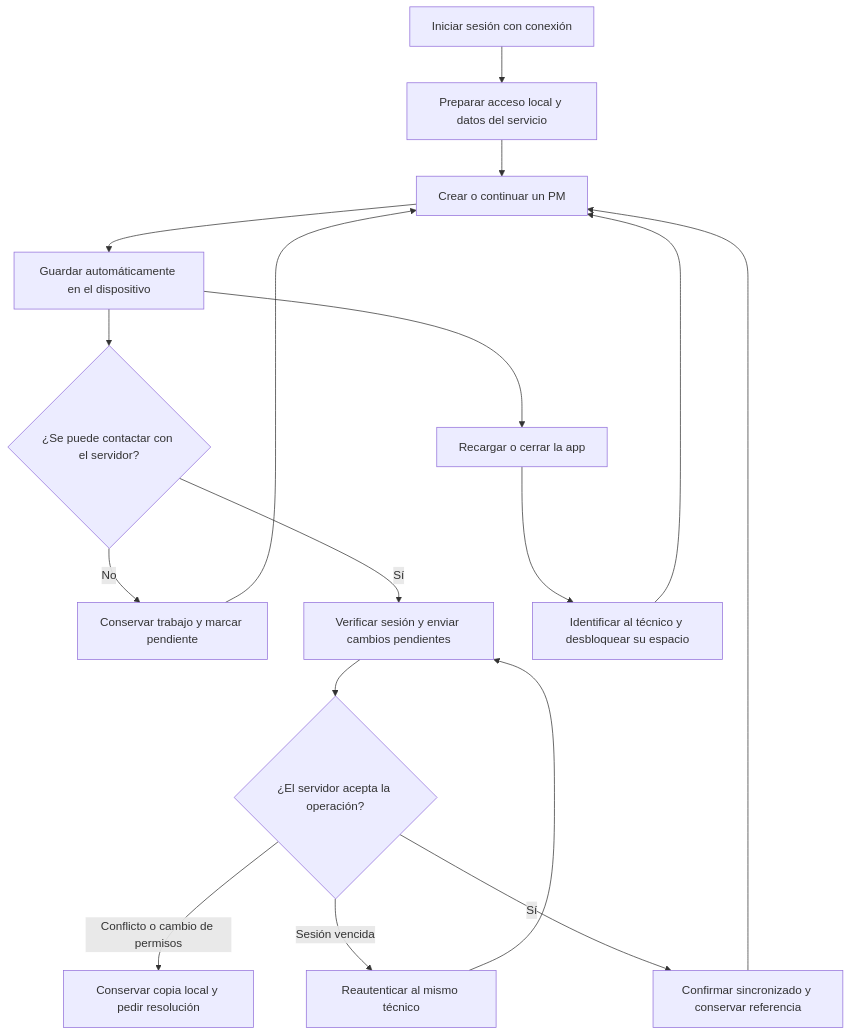
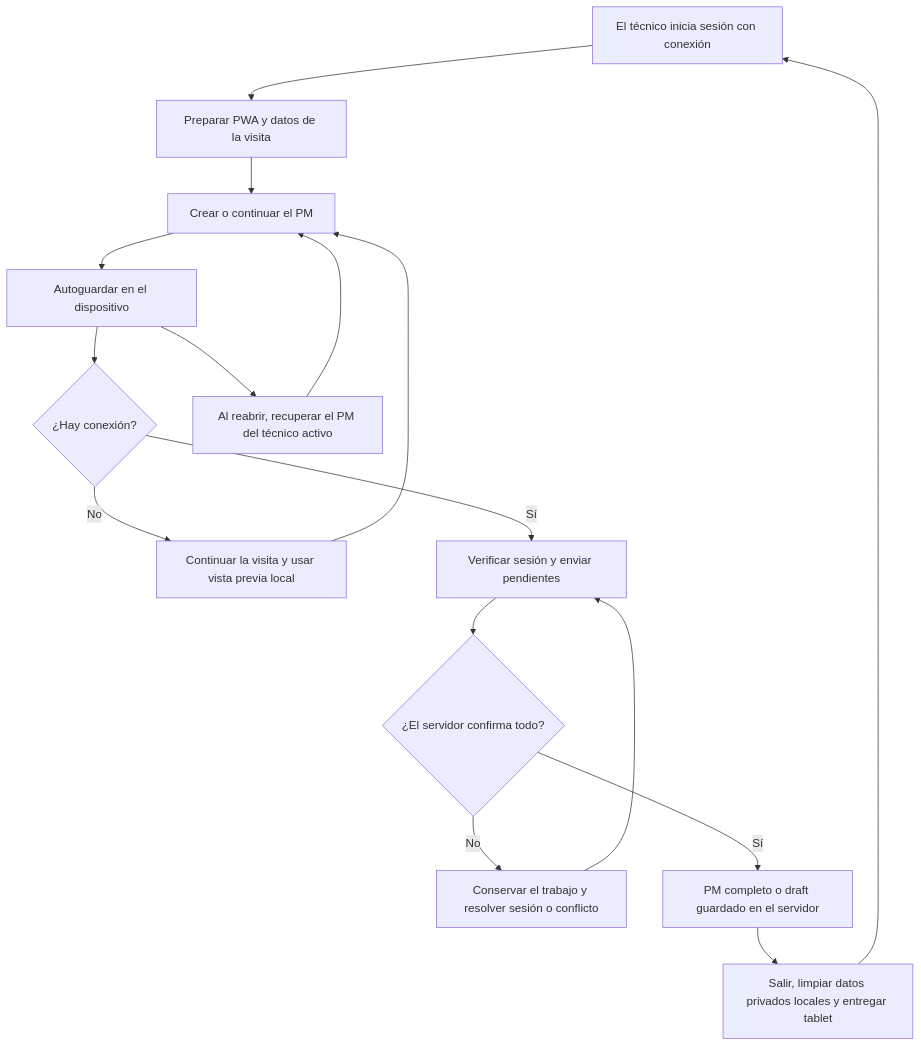
One commit to siilent95/AppCryonics changed the first of 2 diagrams in docs/offline-persistence-plan.md. Above: the diagram before and after it, drawn with Mermaid. The commit also changed other lines of this file, not shown here.

Commit message:
Refine PWA plan for sequential technician handoffs

````diff
--- a/docs/offline-persistence-plan.md
+++ b/docs/offline-persistence-plan.md
@@ -24,19 +30,18 @@
 ```mermaid
 flowchart TD
-    A[Iniciar sesión con conexión] --> B[Preparar acceso local y datos del servicio]
-    B --> C[Crear o continuar un PM]
-    C --> D[Guardar automáticamente en el dispositivo]
-    D --> E{¿Se puede contactar con el servidor?}
-    E -- No --> F[Conservar trabajo y marcar pendiente]
+    A[El técnico inicia sesión con conexión] --> B[Preparar PWA y datos de la visita]
+    B --> C[Crear o continuar el PM]
+    C --> D[Autoguardar en el dispositivo]
+    D --> E{¿Hay conexión?}
+    E -- No --> F[Continuar la visita y usar vista previa local]
     F --> C
-    E -- Sí --> G[Verificar sesión y enviar cambios pendientes]
-    G --> H{¿El servidor acepta la operación?}
-    H -- Sí --> I[Confirmar sincronizado y conservar referencia]
-    I --> C
-    H -- Sesión vencida --> J[Reautenticar al mismo técnico]
-    J --> G
-    H -- Conflicto o cambio de permisos --> K[Conservar copia local y pedir resolución]
-    D --> L[Recargar o cerrar la app]
-    L --> M[Identificar al técnico y desbloquear su espacio]
-    M --> C
+    E -- Sí --> G[Verificar sesión y enviar pendientes]
+    G --> H{¿El servidor confirma todo?}
+    H -- No --> I[Conservar el trabajo y resolver sesión o conflicto]
+    I --> G
+    H -- Sí --> J[PM completo o draft guardado en el servidor]
+    J --> K[Salir, limpiar datos privados locales y entregar tablet]
+    K --> A
+    D --> L[Al reabrir, recuperar el PM del técnico activo]
+    L --> C
 ```
````
